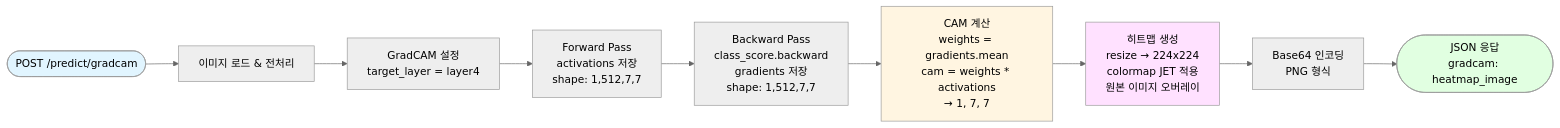
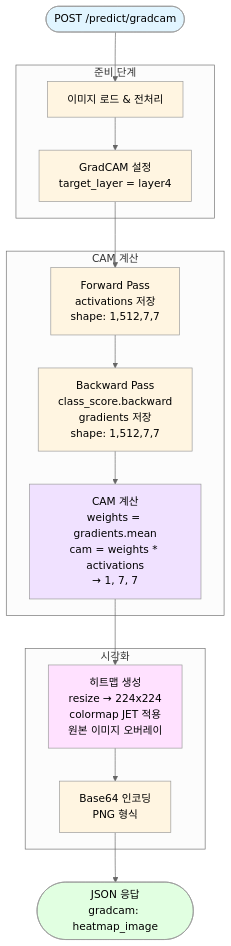
One commit to 15tkdgns/cnn changed the fifth of 15 diagrams in diagrams/PROJECT_FLOW_MERMAID.md. Above: the diagram before and after it, drawn with Mermaid (neutral theme). The commit also changed other lines of this file, not shown here.

First line of the commit message:
Refactor: Improve diagram readability with vertical layout and logical grouping

````diff
--- a/diagrams/PROJECT_FLOW_MERMAID.md
+++ b/diagrams/PROJECT_FLOW_MERMAID.md
@@ -177,23 +259,41 @@
 ```mermaid
-flowchart LR
-    Start([POST /predict/gradcam]) --> A[이미지 로드 & 전처리]
+flowchart TD
+    Start([POST /predict/gradcam])
 
-    A --> B[GradCAM 설정<br/>target_layer = layer4]
+    subgraph prep["준비 단계"]
+        A[이미지 로드 & 전처리]
+        B[GradCAM 설정<br/>target_layer = layer4]
+    end
 
-    B --> C[Forward Pass<br/>activations 저장<br/>shape: 1,512,7,7]
+    subgraph cam_calc["CAM 계산"]
+        C[Forward Pass<br/>activations 저장<br/>shape: 1,512,7,7]
+        D[Backward Pass<br/>class_score.backward<br/>gradients 저장<br/>shape: 1,512,7,7]
+        E[CAM 계산<br/>weights = gradients.mean<br/>cam = weights * activations<br/>→ 1, 7, 7]
+    end
 
-    C --> D[Backward Pass<br/>class_score.backward<br/>gradients 저장<br/>shape: 1,512,7,7]
+    subgraph visual["시각화"]
+        F[히트맵 생성<br/>resize → 224x224<br/>colormap JET 적용<br/>원본 이미지 오버레이]
+        G[Base64 인코딩<br/>PNG 형식]
+    end
 
-    D --> E[CAM 계산<br/>weights = gradients.mean<br/>cam = weights * activations<br/>→ 1, 7, 7]
+    End([JSON 응답<br/>gradcam: heatmap_image])
 
-    E --> F[히트맵 생성<br/>resize → 224x224<br/>colormap JET 적용<br/>원본 이미지 오버레이]
-
-    F --> G[Base64 인코딩<br/>PNG 형식]
-
-    G --> End([JSON 응답<br/>gradcam: heatmap_image])
+    Start --> A
+    A --> B
+    B --> C
+    C --> D
+    D --> E
+    E --> F
+    F --> G
+    G --> End
 
     style Start fill:#e1f5ff
     style End fill:#e1ffe1
-    style E fill:#fff5e1
+    style A fill:#fff5e1
+    style B fill:#fff5e1
+    style C fill:#fff5e1
+    style D fill:#fff5e1
+    style E fill:#f0e1ff
     style F fill:#ffe1ff
+    style G fill:#fff5e1
 ```
````
